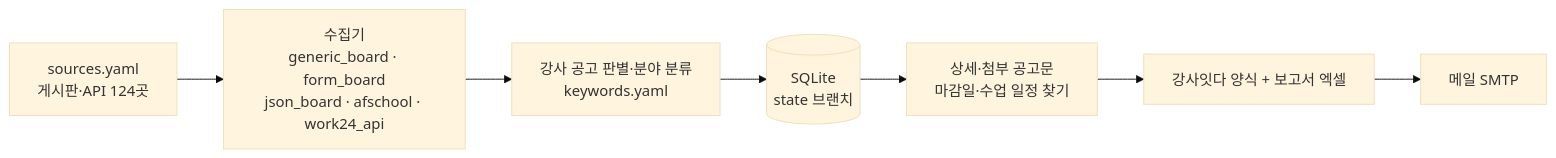
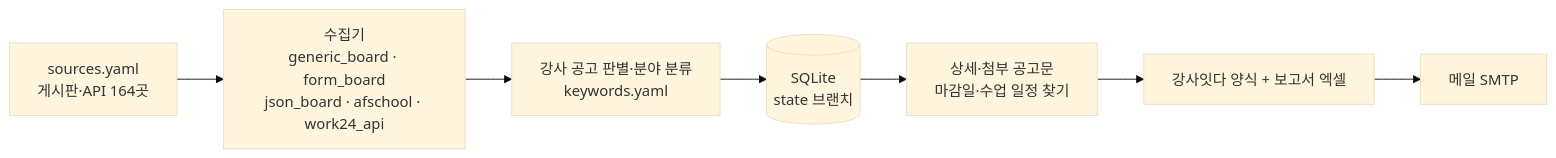
The diagram in docs/DESIGN.md (thskal17-sudo/busan-school-company), drawn with Mermaid (base theme) before and after one commit. The commit also changed other lines of this file and 9 other files, not shown here.

````diff
--- a/docs/DESIGN.md
+++ b/docs/DESIGN.md
@@ -29,9 +29,9 @@
 ```mermaid
 flowchart LR
-    S[sources.yaml<br/>게시판·API 124곳] --> C[수집기<br/>generic_board · form_board<br/>json_board · afschool · work24_api]
+    S[sources.yaml<br/>게시판·API 164곳] --> C[수집기<br/>generic_board · form_board<br/>json_board · afschool · work24_api]
     C --> F[강사 공고 판별·분야 분류<br/>keywords.yaml]
     F --> D[(SQLite<br/>state 브랜치)]
     D --> I[상세·첨부 공고문<br/>마감일·수업 일정 찾기]
     I --> X[강사잇다 양식 + 보고서 엑셀]
     X --> M[메일 SMTP]
 ```
````
